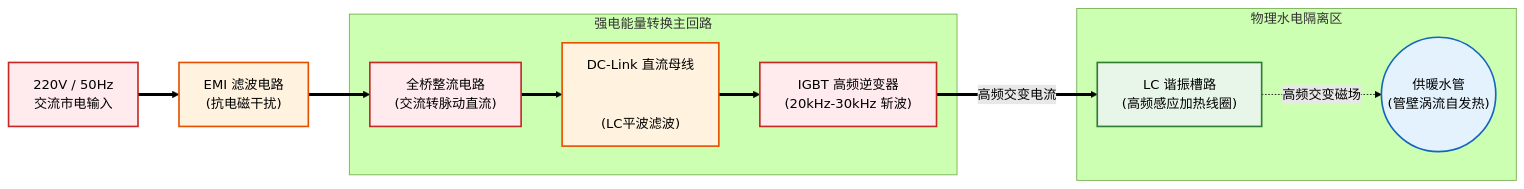
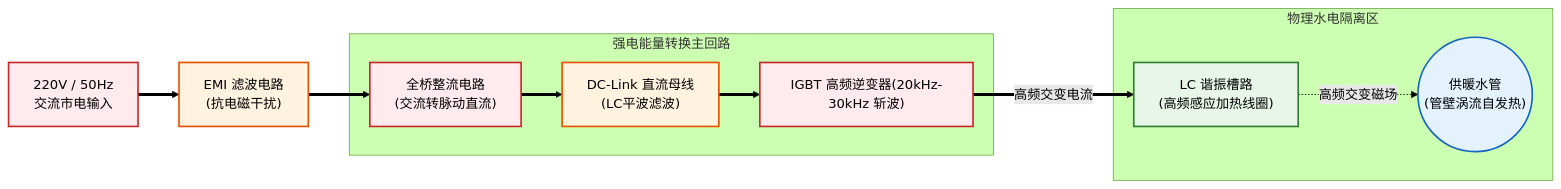
One commit to Caom-coll/iodraw-files changed the diagram in all/未命名.md. Above: the diagram before and after it, drawn with Mermaid (forest theme).

Commit message:
2026-05-23 13:02:48 update

````diff
--- a/all/未命名.md
+++ b/all/未命名.md
@@ -1,49 +1,48 @@
 ```mermaid
 graph LR
     %% 定义节点
     Mains["220V / 50Hz
         交流市电输入"]
     EMI["EMI 滤波电路
         (抗电磁干扰)"]
     Rectifier["全桥整流电路
     (交流转脉动直流)"]
-    DCLink["DC-Link 直流母线\n
-    
+    DCLink["DC-Link 直流母线
     (LC平波滤波)"]
-    Inverter["IGBT 高频逆变器\n(20kHz-30kHz 斩波)"]
+    Inverter["IGBT 高频逆变器(20kHz-30kHz 斩波)"]
     Coil["LC 谐振槽路\n(高频感应加热线圈)"]
     Load(("供暖水管\n(管壁涡流自发热)"))
 
     %% 定义连接线（能量流向）
     Mains ==> EMI
     EMI ==> Rectifier
     Rectifier ==> DCLink
     DCLink ==> Inverter
     Inverter ==高频交变电流==> Coil
     Coil -.高频交变磁场.-> Load
 
     %% 模块分组框图
     subgraph 强电能量转换主回路
         Rectifier
         DCLink
         Inverter
     end
 
     %% 物理隔离区标识
     subgraph 物理水电隔离区
         Coil
         Load
     end
 
     %% 定义样式颜色
     classDef power fill:#ffebee,stroke:#c62828,stroke-width:2px;
     classDef filter fill:#fff3e0,stroke:#e65100,stroke-width:2px;
     classDef heat fill:#e8f5e9,stroke:#2e7d32,stroke-width:2px;
     classDef water fill:#e3f2fd,stroke:#1565c0,stroke-width:2px;
 
     %% 应用样式
     class Mains,Rectifier,Inverter power;
     class EMI,DCLink filter;
     class Coil heat;
     class Load water;
 ```
````
